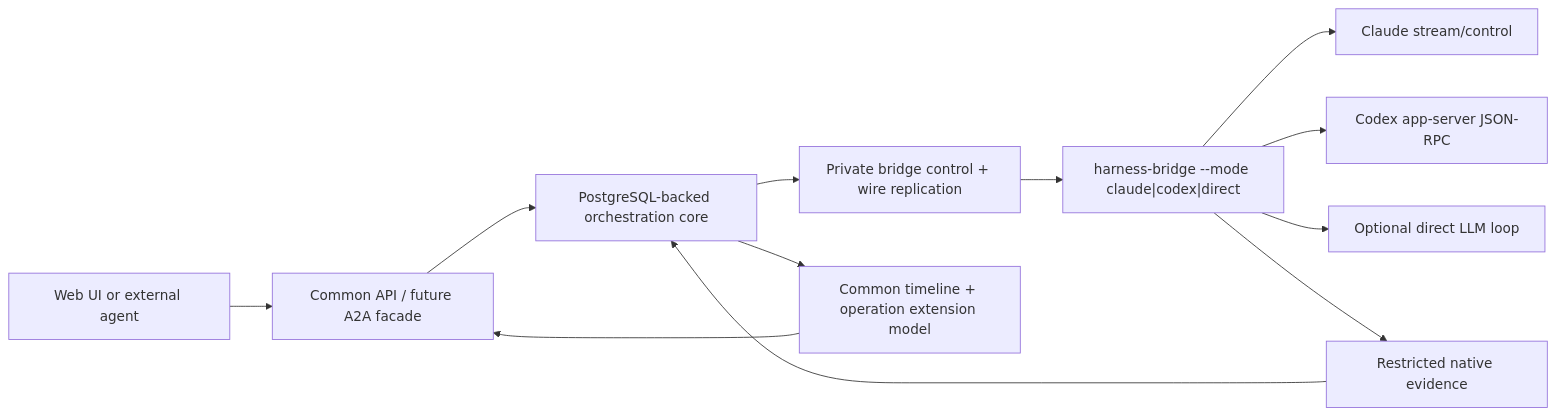
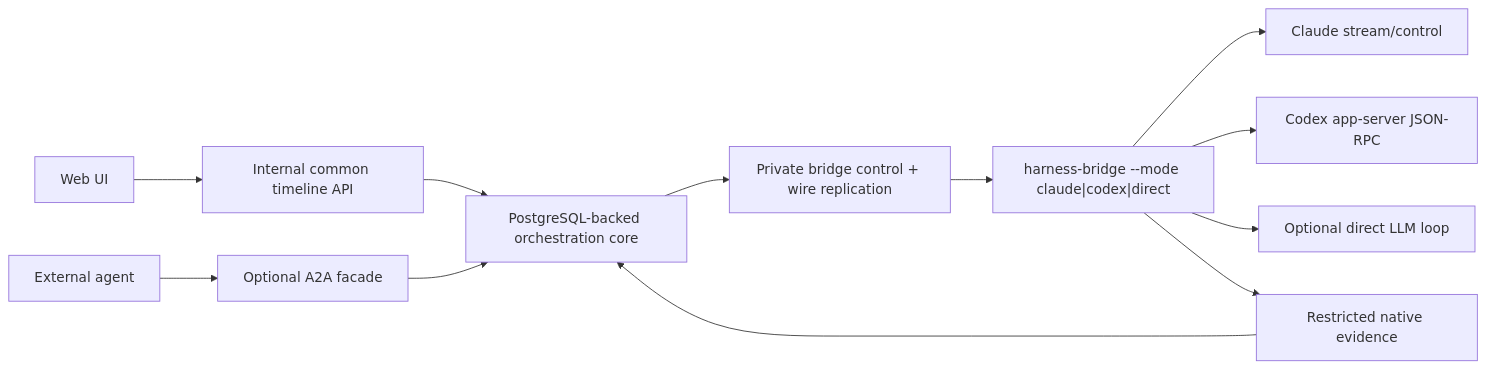
Before and after one commit to agentydragon-agent/ducktape: the diagram in docs/harness_control_plane/a2a.md, drawn with Mermaid. The commit also changed other lines of this file and 6 other files, not shown here.

````diff
--- a/docs/harness_control_plane/a2a.md
+++ b/docs/harness_control_plane/a2a.md
@@ -136,15 +112,16 @@
 ```mermaid
 flowchart LR
-    Caller["Web UI or external agent"] --> Public["Common API / future A2A facade"]
-    Public --> Core["PostgreSQL-backed orchestration core"]
+    Web["Web UI"] --> Internal["Internal common timeline API"]
+    Agent["External agent"] --> A2A["Optional A2A facade"]
+    Internal --> Core["PostgreSQL-backed orchestration core"]
+    A2A --> Core
+
     Core --> Private["Private bridge control + wire replication"]
     Private --> Bridge["harness-bridge --mode claude|codex|direct"]
     Bridge --> Claude["Claude stream/control"]
     Bridge --> Codex["Codex app-server JSON-RPC"]
     Bridge --> Direct["Optional direct LLM loop"]
 
-    Core --> Timeline["Common timeline + operation extension model"]
-    Timeline --> Public
     Bridge --> Raw["Restricted native evidence"]
     Raw --> Core
 ```
````
